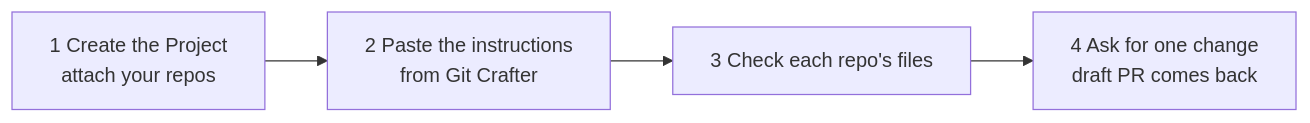
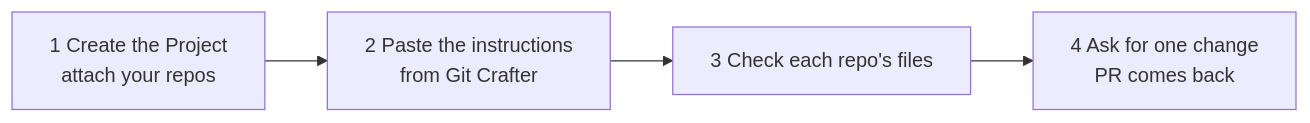
Before and after one commit to Colorado-Startups/claudius: the diagram in docs/projects-quickstart.md, drawn with Mermaid. The commit also changed other lines of this file and 3 other files, not shown here.

````diff
--- a/docs/projects-quickstart.md
+++ b/docs/projects-quickstart.md
@@ -5,4 +5,4 @@
 ```mermaid
 flowchart LR
-  A[1 Create the Project<br/>attach your repos] --> B[2 Paste the instructions<br/>from Git Crafter] --> C[3 Check each repo's files] --> D[4 Ask for one change<br/>draft PR comes back]
+  A[1 Create the Project<br/>attach your repos] --> B[2 Paste the instructions<br/>from Git Crafter] --> C[3 Check each repo's files] --> D[4 Ask for one change<br/>PR comes back]
 ```
````
